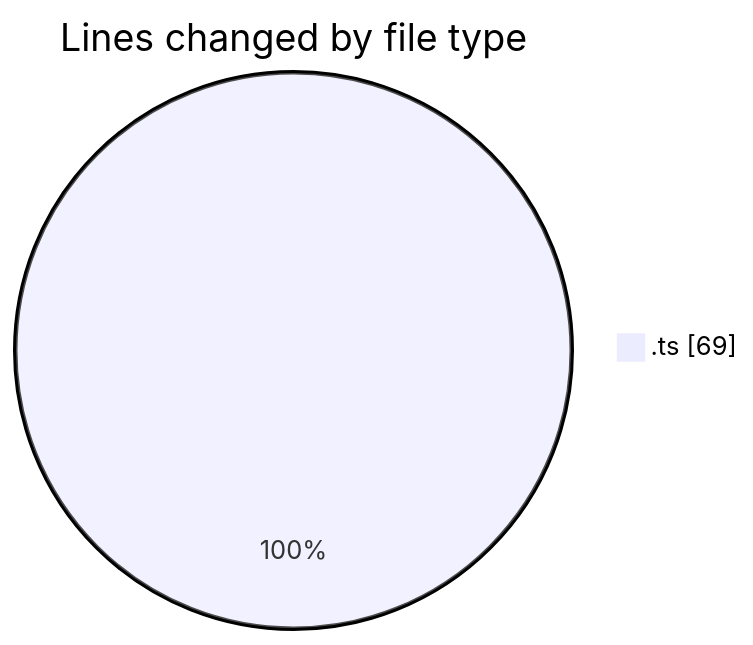
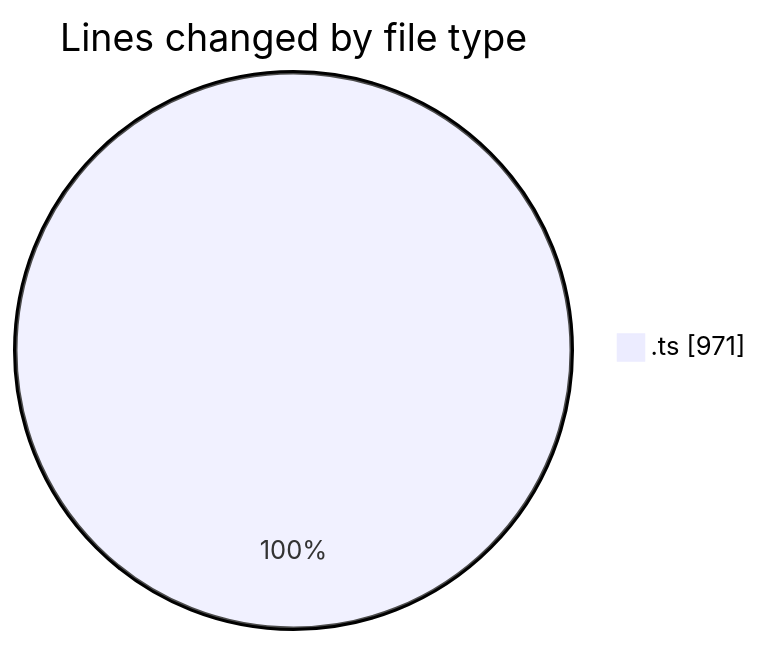
The first of 2 diagrams in 2025-09-10/hiai-phf/README.md (lephambinh05/code-tracking), drawn with Mermaid before and after one commit. The commit also changed other lines of this file and 1 other file, not shown here.

````diff
--- a/2025-09-10/hiai-phf/README.md
+++ b/2025-09-10/hiai-phf/README.md
@@ -20,5 +22,5 @@
 ```mermaid
 pie showData
 title Lines changed by file type
-".ts" : 69
+".ts" : 971
 ```
````
